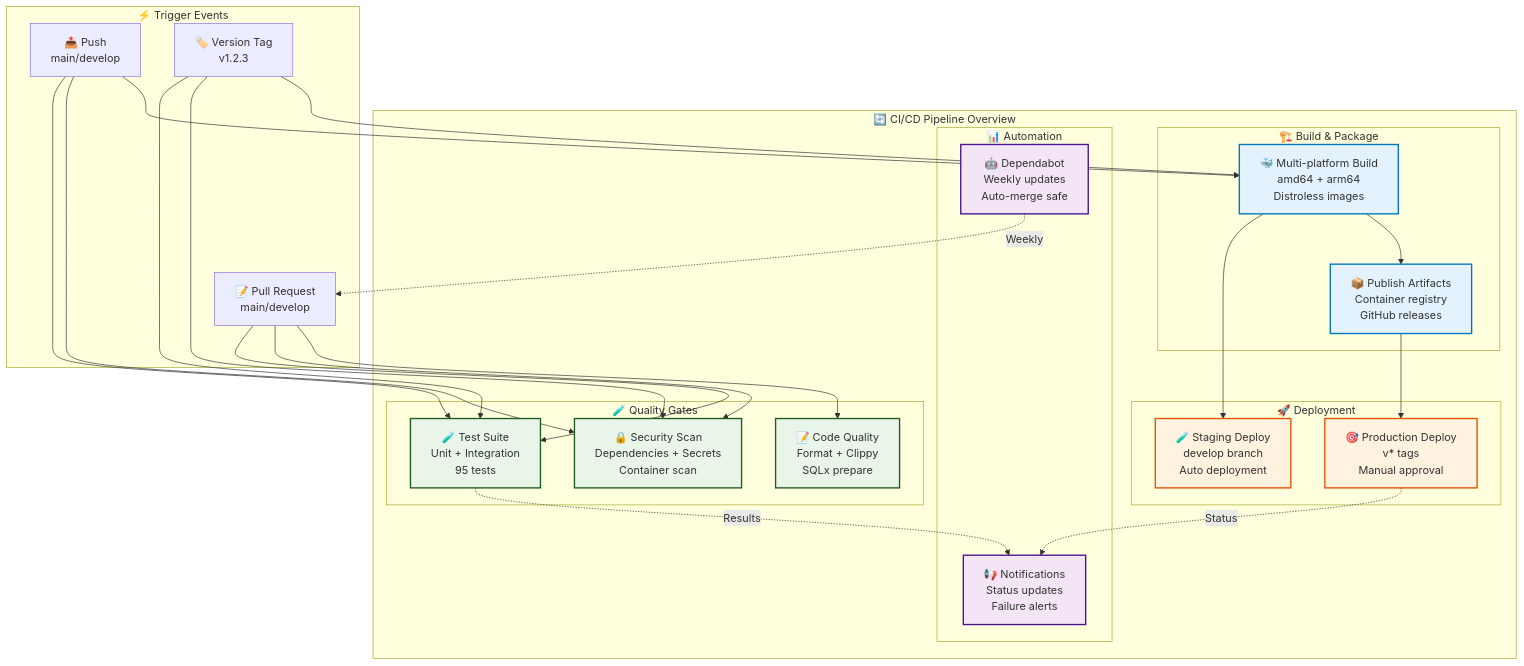
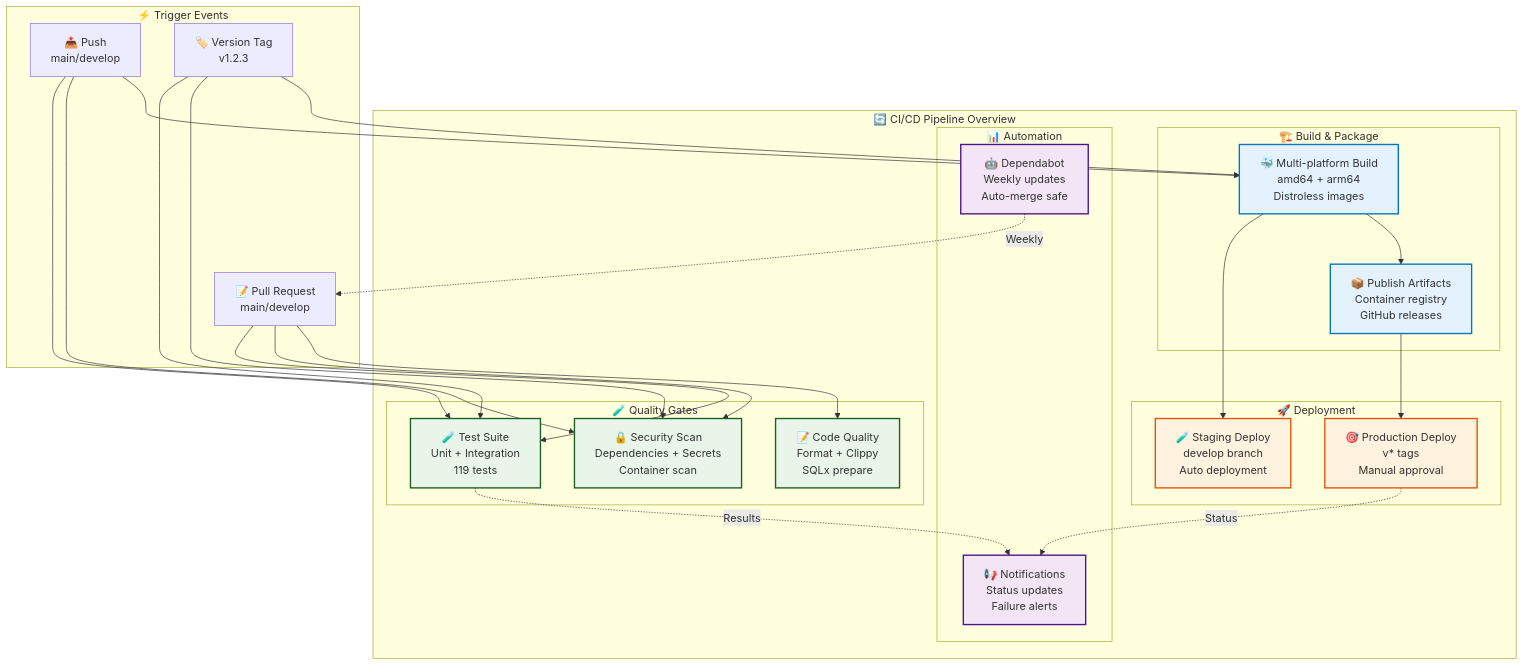
Before and after one commit to quanhua92/rust-fullstack-starter: the diagram in docs/cicd.md, drawn with Mermaid. The commit also changed 11 other files, not shown here.

````diff
--- a/docs/cicd.md
+++ b/docs/cicd.md
@@ -7,60 +7,60 @@
 ```mermaid
 graph TB
     subgraph "🔄 CI/CD Pipeline Overview"
         subgraph "🧪 Quality Gates"
-            TEST[🧪 Test Suite<br/>Unit + Integration<br/>95 tests]
+            TEST[🧪 Test Suite<br/>Unit + Integration<br/>119 tests]
             SECURITY[🔒 Security Scan<br/>Dependencies + Secrets<br/>Container scan]
             LINT[📝 Code Quality<br/>Format + Clippy<br/>SQLx prepare]
         end
         
         subgraph "🏗️ Build & Package"
             BUILD[🐳 Multi-platform Build<br/>amd64 + arm64<br/>Distroless images]
             PUBLISH[📦 Publish Artifacts<br/>Container registry<br/>GitHub releases]
         end
         
         subgraph "🚀 Deployment"
             STAGING[🧪 Staging Deploy<br/>develop branch<br/>Auto deployment]
             PROD[🎯 Production Deploy<br/>v* tags<br/>Manual approval]
         end
         
         subgraph "📊 Automation"
             DEPENDABOT[🤖 Dependabot<br/>Weekly updates<br/>Auto-merge safe]
             NOTIFICATIONS[📢 Notifications<br/>Status updates<br/>Failure alerts]
         end
     end
     
     subgraph "⚡ Trigger Events"
         PR[📝 Pull Request<br/>main/develop]
         PUSH[📤 Push<br/>main/develop]
         TAG[🏷️ Version Tag<br/>v1.2.3]
     end
     
     PR --> TEST
     PR --> SECURITY
     PR --> LINT
     
     PUSH --> TEST
     PUSH --> SECURITY
     PUSH --> BUILD
     BUILD --> STAGING
     
     TAG --> TEST
     TAG --> SECURITY
     TAG --> BUILD
     BUILD --> PUBLISH
     PUBLISH --> PROD
     
     DEPENDABOT -.->|Weekly| PR
     TEST -.->|Results| NOTIFICATIONS
     PROD -.->|Status| NOTIFICATIONS
     
     classDef qualityBox fill:#e8f5e8,stroke:#1b5e20,stroke-width:2px
     classDef buildBox fill:#e3f2fd,stroke:#0277bd,stroke-width:2px
     classDef deployBox fill:#fff3e0,stroke:#e65100,stroke-width:2px
     classDef autoBox fill:#f3e5f5,stroke:#4a148c,stroke-width:2px
     
     class TEST,SECURITY,LINT qualityBox
     class BUILD,PUBLISH buildBox
     class STAGING,PROD deployBox
     class DEPENDABOT,NOTIFICATIONS autoBox
 ```
````
